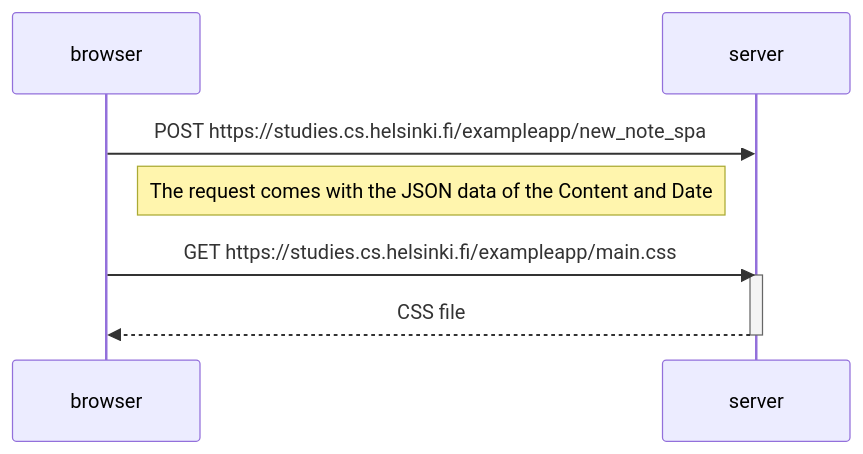
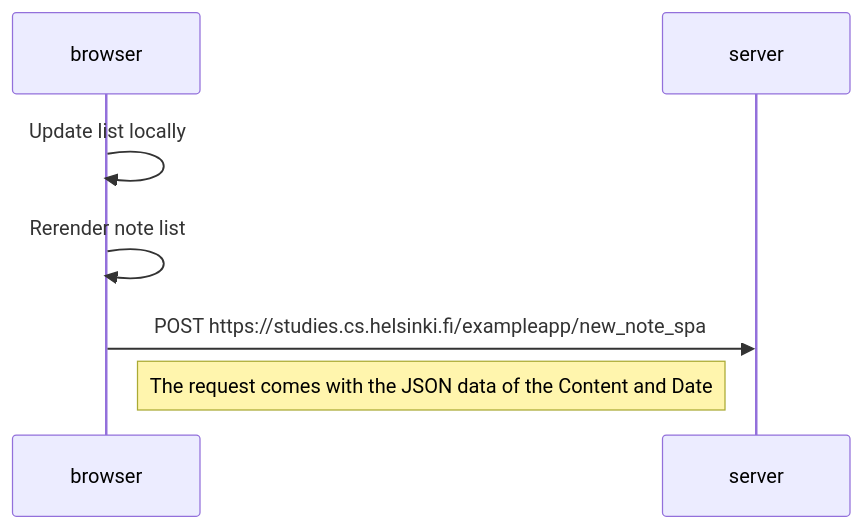
Before and after one commit to PineND/Full-Stack-Open: the diagram in Part0/0.6.mermaid, drawn with Mermaid.

```diff
--- a/Part0/0.6.mermaid
+++ b/Part0/0.6.mermaid
@@ -1,11 +1,10 @@
 sequenceDiagram
     participant browser
     participant server
 
+    browser->>browser: Update list locally
+
+    browser->>browser: Rerender note list
+
     browser->>server: POST https://studies.cs.helsinki.fi/exampleapp/new_note_spa
     Note right of browser: The request comes with the JSON data of the Content and Date
-
-    browser->>server: GET https://studies.cs.helsinki.fi/exampleapp/main.css
-    activate server
-    server-->>browser: CSS file
-    deactivate server
```
